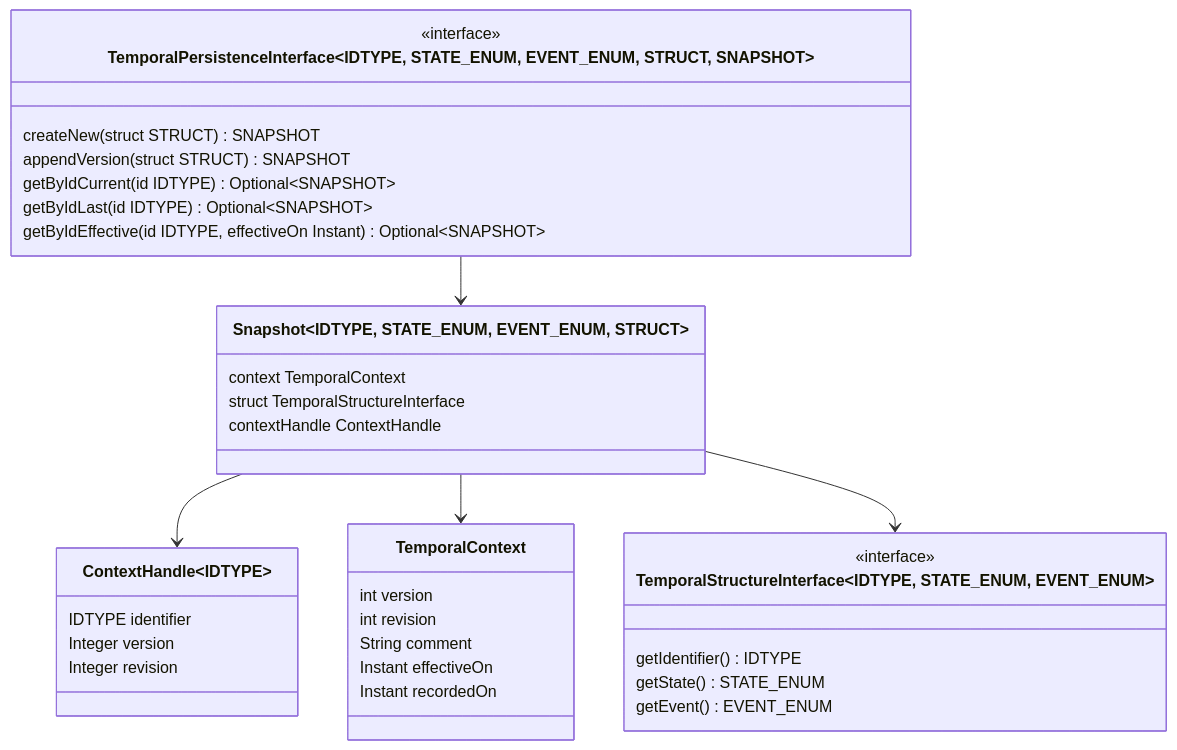
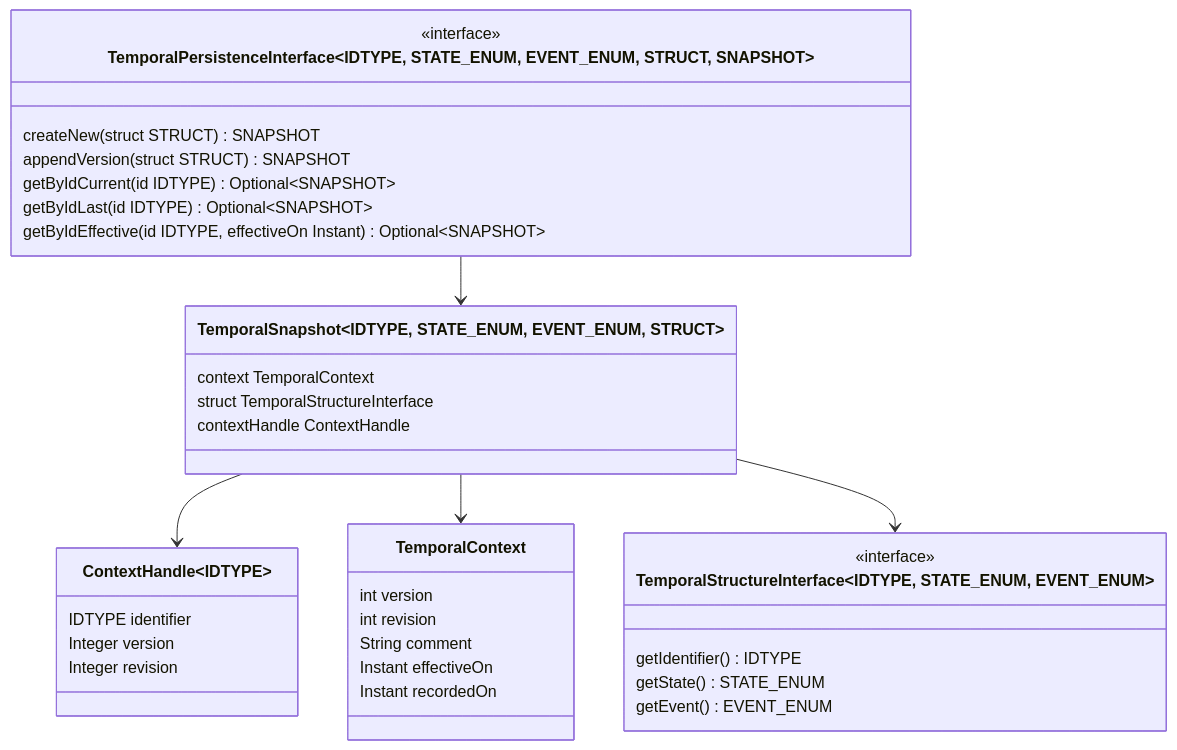
The diagram in README.md (drp2179/bi-temporal-data-base-lib), drawn with Mermaid before and after one commit.

Commit message:
Correct class name in diagram

````diff
--- a/README.md
+++ b/README.md
@@ -7,47 +7,47 @@
 ```mermaid
 classDiagram
     
     class TemporalContext {
         int version
         int revision
         String comment
         Instant effectiveOn
         Instant recordedOn
     }
 
     class ContextHandle~IDTYPE~ {
         IDTYPE identifier
         Integer version
         Integer revision
     }
 
     class TemporalStructureInterface~IDTYPE, STATE_ENUM, EVENT_ENUM~ {
         <<interface>>
         getIdentifier() IDTYPE
         getState() STATE_ENUM
         getEvent() EVENT_ENUM
     }
 
-    class Snapshot~IDTYPE, STATE_ENUM, EVENT_ENUM, STRUCT~ {
+    class TemporalSnapshot~IDTYPE, STATE_ENUM, EVENT_ENUM, STRUCT~ {
         context TemporalContext
         struct TemporalStructureInterface
         contextHandle ContextHandle
     }
 
-    Snapshot --> ContextHandle
-    Snapshot --> TemporalContext
-    Snapshot --> TemporalStructureInterface
+    TemporalSnapshot --> ContextHandle
+    TemporalSnapshot --> TemporalContext
+    TemporalSnapshot --> TemporalStructureInterface
 
     class TemporalPersistenceInterface~IDTYPE, STATE_ENUM, EVENT_ENUM, STRUCT, SNAPSHOT~ {
         <<interface>>
 
         createNew(struct STRUCT) SNAPSHOT
         appendVersion(struct STRUCT) SNAPSHOT
         getByIdCurrent(id IDTYPE) Optional~SNAPSHOT~
         getByIdLast(id IDTYPE) Optional~SNAPSHOT~
         getByIdEffective(id IDTYPE, effectiveOn Instant) Optional~SNAPSHOT~
     }
 
-    TemporalPersistenceInterface --> Snapshot
+    TemporalPersistenceInterface --> TemporalSnapshot
 
 ```
````
